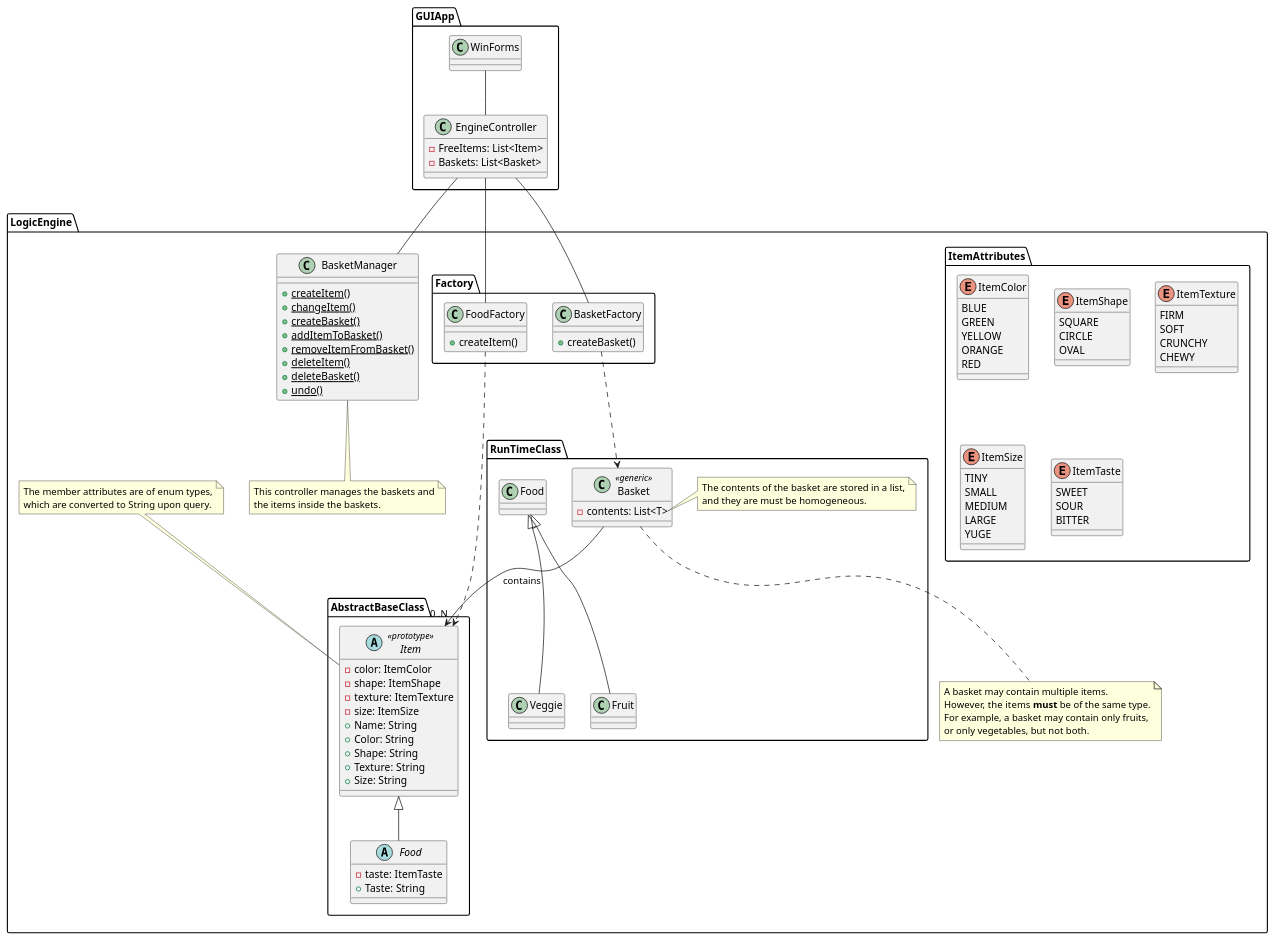
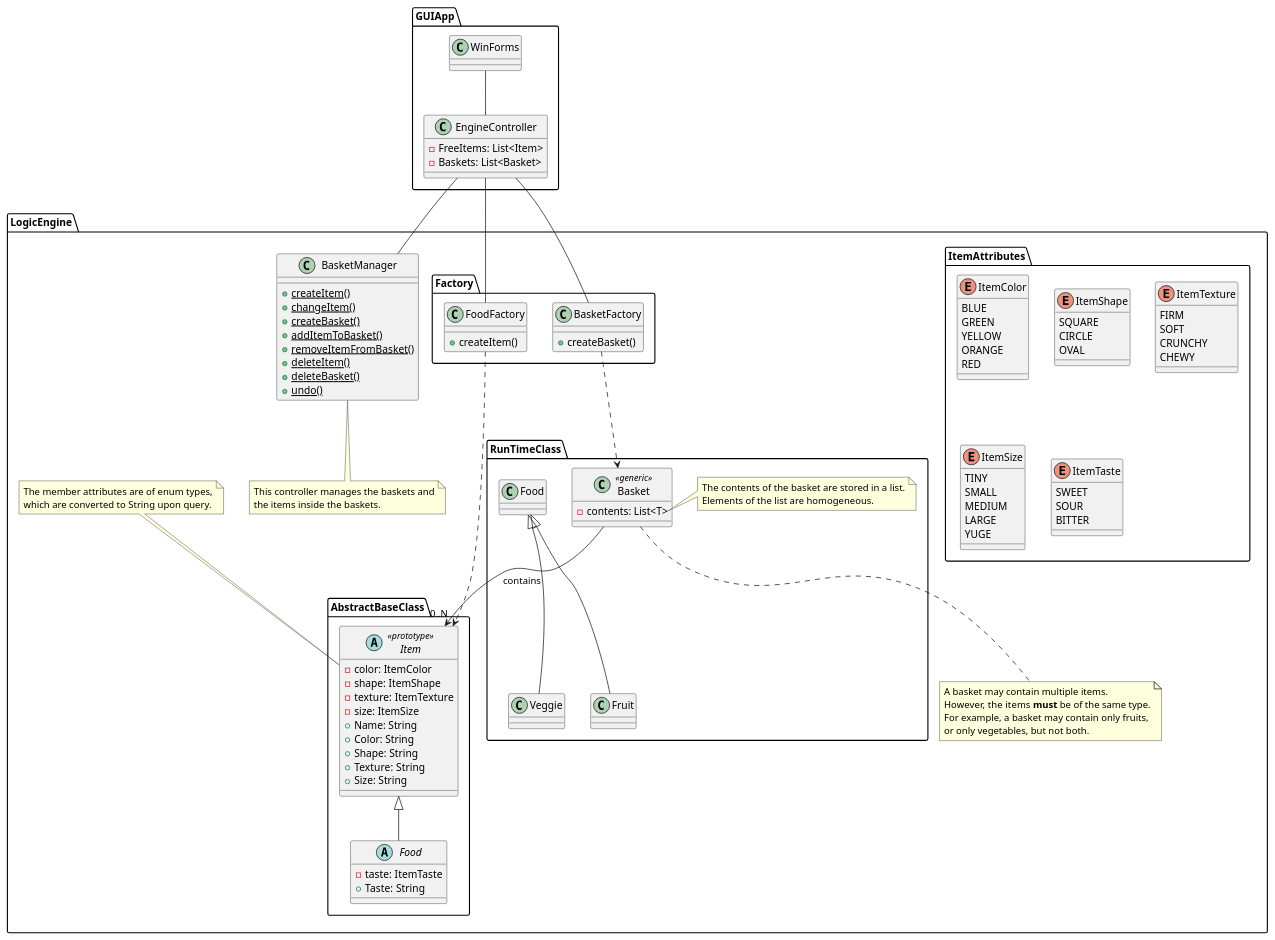
Before and after one commit to abenezerangelos/wsu-cpts321-Final: the diagram in FinalExamProject/Design_Documents/CharlesNorden-ClassDiagram.wsd, drawn with PlantUML. The commit also changed 13 other files, not shown here.

```diff
--- a/FinalExamProject/Design_Documents/CharlesNorden-ClassDiagram.wsd
+++ b/FinalExamProject/Design_Documents/CharlesNorden-ClassDiagram.wsd
@@ -1,135 +1,135 @@
 @startuml "CharlesNorden-ClassDiagram"
 
 package "GUIApp" {
     class EngineController {
         -FreeItems: List<Item> 
         -Baskets: List<Basket>
     }
 
     WinForms -- EngineController
 }
 
 package "LogicEngine" {
     class BasketManager {
         {static} +createItem()
         {static} +changeItem()
         {static} +createBasket()
         {static} +addItemToBasket()
         {static} +removeItemFromBasket()
         {static} +deleteItem()
         {static} +deleteBasket()
         {static} +undo()
     }
 
     package "AbstractBaseClass" {
         abstract class Item << prototype >> {
             -color: ItemColor
             -shape: ItemShape
             -texture: ItemTexture
             -size: ItemSize
             +Name: String
             +Color: String
             +Shape: String
             +Texture: String
             +Size: String
         }
 
         abstract class Food extends Item {
             -taste: ItemTaste
             +Taste: String
         }
     }
 
     package "ItemAttributes" {
         enum ItemColor {
             BLUE
             GREEN
             YELLOW
             ORANGE
             RED
         }
 
         enum ItemShape {
             SQUARE
             CIRCLE
             OVAL
         }
 
         enum ItemTexture {
             FIRM
             SOFT
             CRUNCHY
             CHEWY
         }
 
         enum ItemSize {
             TINY
             SMALL
             MEDIUM
             LARGE
             YUGE
         }
 
         enum ItemTaste {
             SWEET
             SOUR
             BITTER
         }
     }
 
     package "RunTimeClass" {
         class Veggie extends Food {
         }
 
         class Fruit extends Food{
         }
 
         class Basket << generic >> {
             -contents: List<T>
         }
 
         note right of Basket::contents
-            The contents of the basket are stored in a list,
-            and they are must be homogeneous.
+            The contents of the basket are stored in a list.
+            Elements of the list are homogeneous.
         end note
     }
 
     package Factory {
         class BasketFactory {
             +createBasket()
         }
 
         class FoodFactory {
             +createItem()
         }
 
         BasketFactory ..> Basket
         FoodFactory ..> Item
 
         EngineController -- BasketManager
         EngineController -- BasketFactory
         EngineController -- FoodFactory
 
         Basket --> "0..N" Item : contains
     }
 
     note bottom of BasketManager
         This controller manages the baskets and
         the items inside the baskets.
     end note
 
     note top of Item
         The member attributes are of enum types,
         which are converted to String upon query.
     end note
 
     note bottom of Basket
         A basket may contain multiple items.
         However, the items **must** be of the same type.
         For example, a basket may contain only fruits,
         or only vegetables, but not both.
     end note
 
 }
 
 @enduml
```
